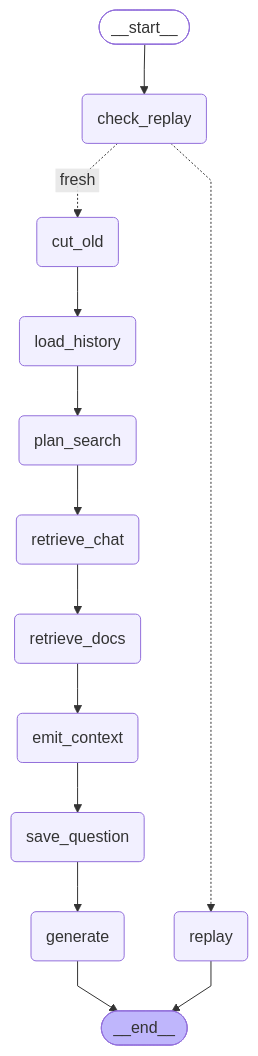
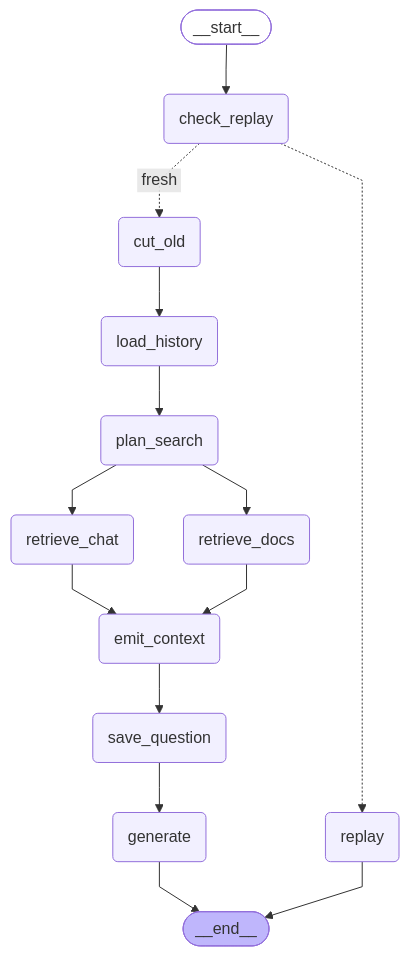
Before and after one commit to Suvekshyajha/bp_app: the diagram in docs/turn_graph.md, drawn with Mermaid. The commit also changed other lines of this file, not shown here.

````diff
--- a/docs/turn_graph.md
+++ b/docs/turn_graph.md
@@ -15,35 +15,36 @@
 ```mermaid
 ---
 config:
   flowchart:
     curve: linear
 ---
 graph TD;
 	__start__([<p>__start__</p>]):::first
 	check_replay(check_replay)
 	replay(replay)
 	cut_old(cut_old)
 	load_history(load_history)
 	plan_search(plan_search)
 	retrieve_chat(retrieve_chat)
 	retrieve_docs(retrieve_docs)
 	emit_context(emit_context)
 	save_question(save_question)
 	generate(generate)
 	__end__([<p>__end__</p>]):::last
 	__start__ --> check_replay;
 	check_replay -. &nbsp;fresh&nbsp; .-> cut_old;
 	check_replay -.-> replay;
 	cut_old --> load_history;
 	emit_context --> save_question;
 	load_history --> plan_search;
 	plan_search --> retrieve_chat;
-	retrieve_chat --> retrieve_docs;
+	plan_search --> retrieve_docs;
+	retrieve_chat --> emit_context;
 	retrieve_docs --> emit_context;
 	save_question --> generate;
 	generate --> __end__;
 	replay --> __end__;
 	classDef default fill:#f2f0ff,line-height:1.2
 	classDef first fill-opacity:0
 	classDef last fill:#bfb6fc
 ```
````
